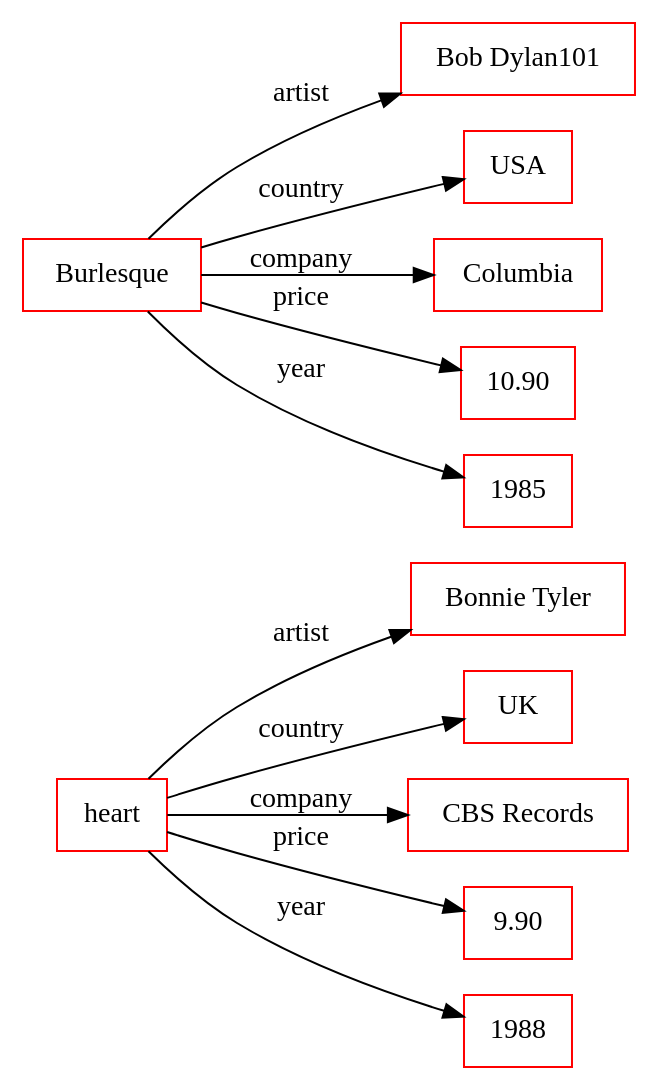
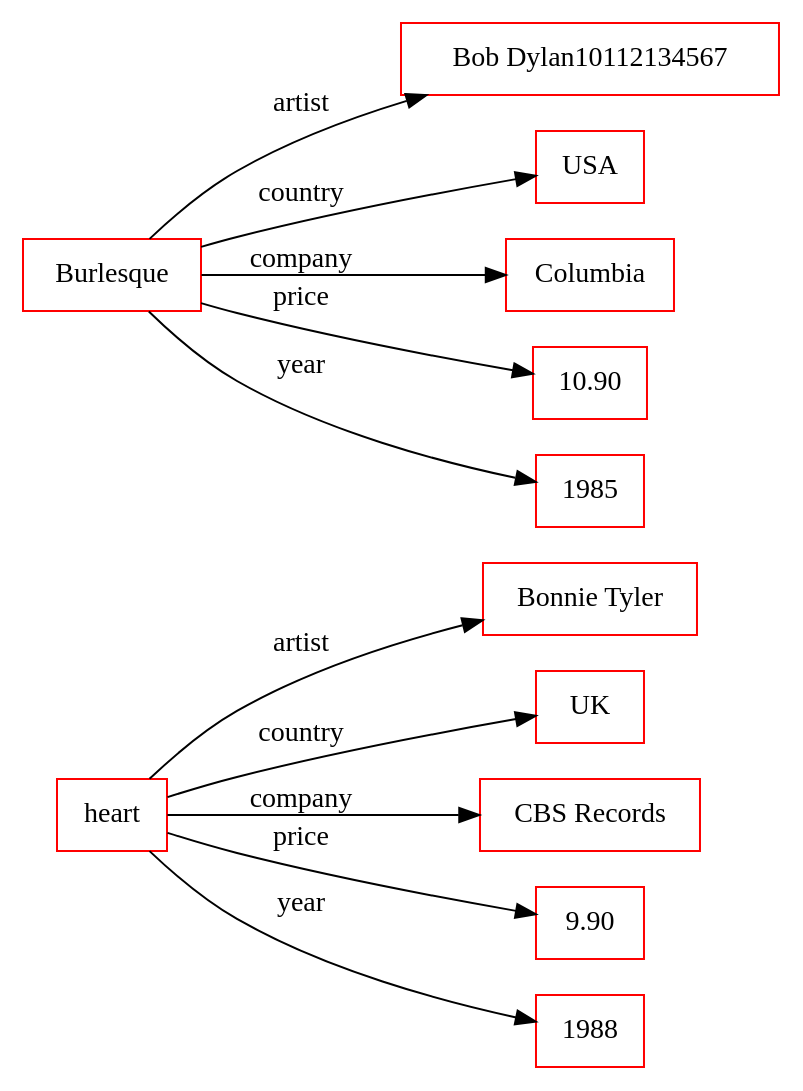
One commit to ahmad88me/target changed the diagram in drawings/ar2dtool-class.conf/org/sample.rdf.png.dot. Above: the diagram before and after it, drawn with Graphviz. The commit also changed 2 other files, not shown here.

```diff
--- a/drawings/ar2dtool-class.conf/org/sample.rdf.png.dot
+++ b/drawings/ar2dtool-class.conf/org/sample.rdf.png.dot
@@ -1,16 +1,16 @@
 digraph ar2dtool_diagram { 
 rankdir=LR;
 size="1000"
-node [shape = rectangle, color="red"]; "Bonnie Tyler" "UK" "CBS Records" "9.90" "1988" "Bob Dylan101" "USA" "Columbia" "10.90" "1985" ; /*literals style*/
+node [shape = rectangle, color="red"]; "Bonnie Tyler" "UK" "CBS Records" "9.90" "1988" "Bob Dylan10112134567" "USA" "Columbia" "10.90" "1985" ; /*literals style*/
 	"heart" -> "Bonnie Tyler" [ label = "artist" ];
 	"heart" -> "UK" [ label = "country" ];
 	"heart" -> "CBS Records" [ label = "company" ];
 	"heart" -> "9.90" [ label = "price" ];
 	"heart" -> "1988" [ label = "year" ];
-	"Burlesque" -> "Bob Dylan101" [ label = "artist" ];
+	"Burlesque" -> "Bob Dylan10112134567" [ label = "artist" ];
 	"Burlesque" -> "USA" [ label = "country" ];
 	"Burlesque" -> "Columbia" [ label = "company" ];
 	"Burlesque" -> "10.90" [ label = "price" ];
 	"Burlesque" -> "1985" [ label = "year" ];
 
 }
```
